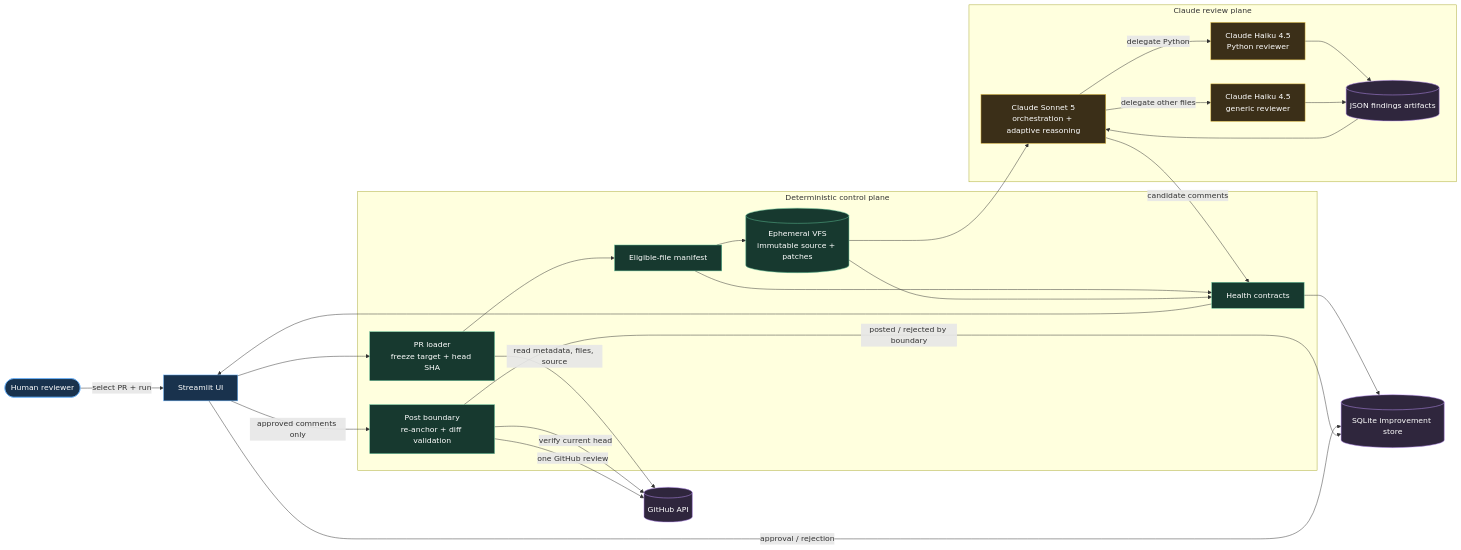
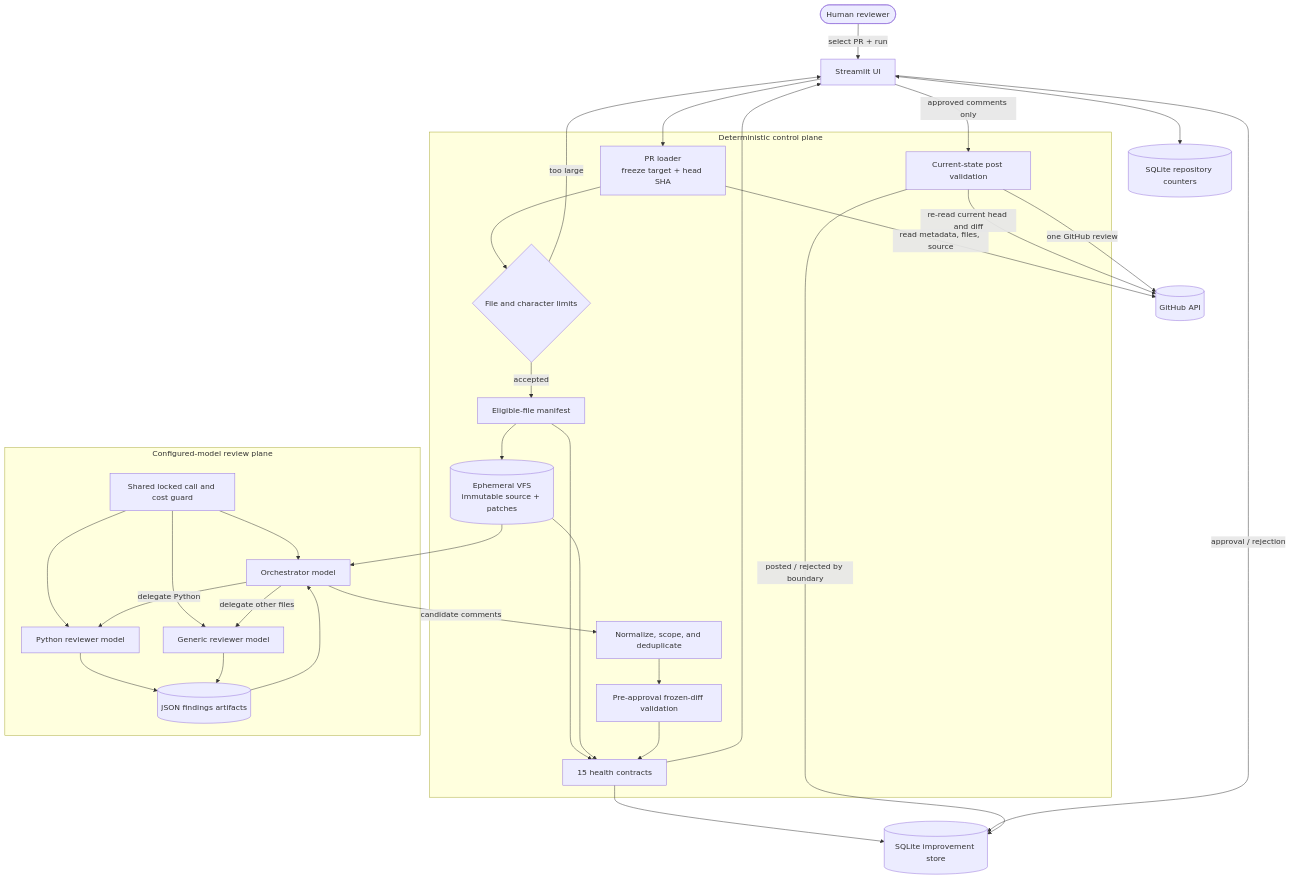
Before and after one commit to chatkausik/Quorum-Code-Review-Deep-Agent: the first of 6 diagrams in docs/OPERATIONS_GUIDE.md, drawn with Mermaid. The commit also changed other lines of this file and 33 other files, not shown here.

````diff
--- a/docs/OPERATIONS_GUIDE.md
+++ b/docs/OPERATIONS_GUIDE.md
@@ -14,54 +19,58 @@
 ```mermaid
-flowchart LR
+flowchart TD
     Human([Human reviewer])
     UI[Streamlit UI]
 
     subgraph Trusted[Deterministic control plane]
         Loader[PR loader<br/>freeze target + head SHA]
+        Limits{File and character limits}
         Manifest[Eligible-file manifest]
         VFS[(Ephemeral VFS<br/>immutable source + patches)]
-        Health[Health contracts]
-        Post[Post boundary<br/>re-anchor + diff validation]
+        Normalize[Normalize, scope, and deduplicate]
+        FrozenCheck[Pre-approval frozen-diff validation]
+        Health[15 health contracts]
+        Post[Current-state post validation]
     end
 
-    subgraph Agentic[Claude review plane]
-        Orchestrator[Claude Sonnet 5<br/>orchestration + adaptive reasoning]
-        Python[Claude Haiku 4.5<br/>Python reviewer]
-        Generic[Claude Haiku 4.5<br/>generic reviewer]
+    subgraph Agentic[Configured-model review plane]
+        Budget[Shared locked call and cost guard]
+        Orchestrator[Orchestrator model]
+        Python[Python reviewer model]
+        Generic[Generic reviewer model]
         Findings[(JSON findings artifacts)]
     end
 
     GitHub[(GitHub API)]
     Improve[(SQLite improvement store)]
+    Stats[(SQLite repository counters)]
 
     Human -->|select PR + run| UI
     UI --> Loader
     Loader -->|read metadata, files, source| GitHub
-    Loader --> Manifest
+    Loader --> Limits
+    Limits -->|accepted| Manifest
+    Limits -->|too large| UI
     Manifest --> VFS
     VFS --> Orchestrator
+    Budget --> Orchestrator
+    Budget --> Python
+    Budget --> Generic
     Orchestrator -->|delegate Python| Python
     Orchestrator -->|delegate other files| Generic
     Python --> Findings
     Generic --> Findings
     Findings --> Orchestrator
-    Orchestrator -->|candidate comments| Health
+    Orchestrator -->|candidate comments| Normalize
+    Normalize --> FrozenCheck
     Manifest --> Health
     VFS --> Health
+    FrozenCheck --> Health
     Health --> UI
     Health --> Improve
     UI -->|approved comments only| Post
-    Post -->|verify current head| GitHub
+    Post -->|re-read current head and diff| GitHub
     Post -->|one GitHub review| GitHub
     UI -->|approval / rejection| Improve
     Post -->|posted / rejected by boundary| Improve
-
-    classDef human fill:#19324d,stroke:#6cb6ff,color:#fff;
-    classDef trusted fill:#17392f,stroke:#5fbf97,color:#fff;
-    classDef agent fill:#3b2f18,stroke:#e3bc3f,color:#fff;
-    classDef data fill:#2f263d,stroke:#bd93f9,color:#fff;
-    class Human,UI human;
-    class Loader,Manifest,VFS,Health,Post trusted;
-    class Orchestrator,Python,Generic agent;
-    class GitHub,Findings,Improve data;
+    UI <--> Stats
 ```
````
